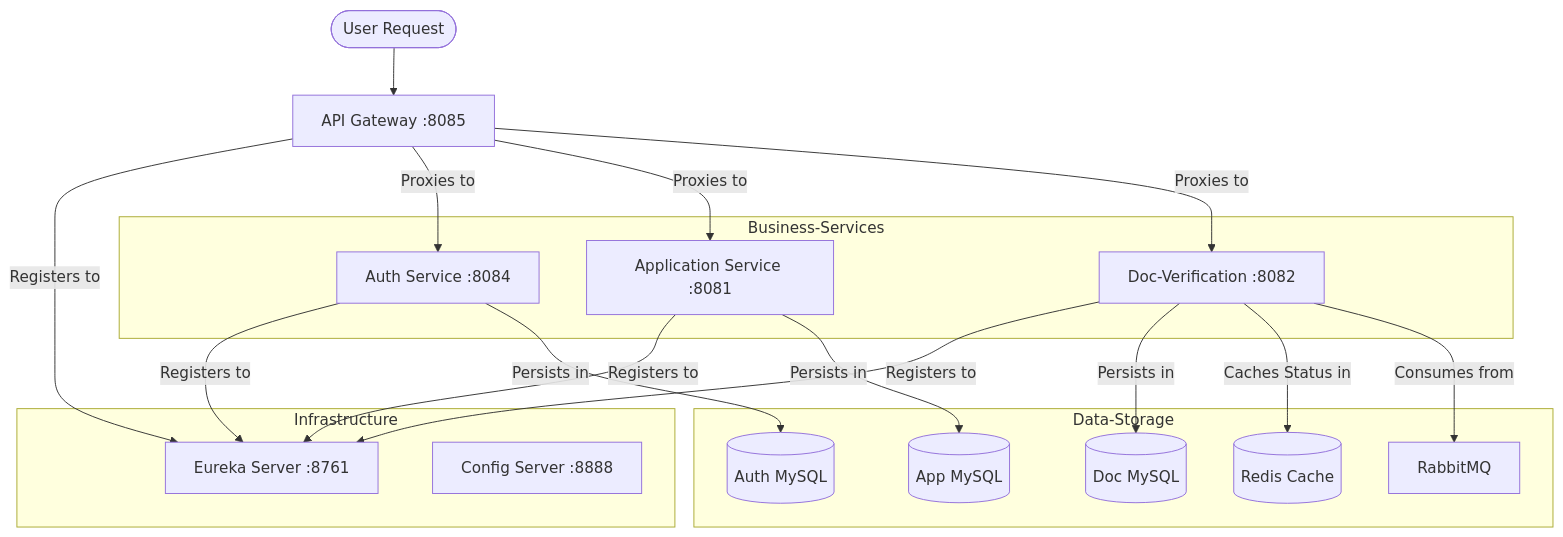
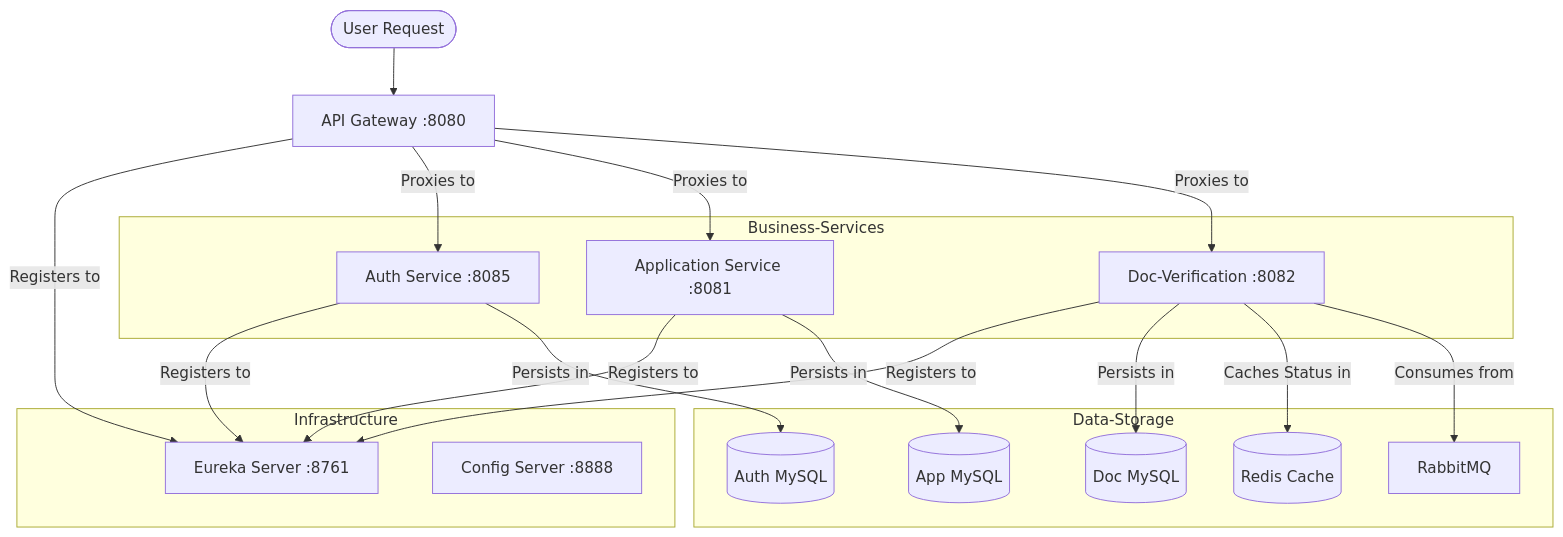
The diagram in system_summary_viva_prep.md (TanmoyCodes/FinFlow_Capgemini_Sprint), drawn with Mermaid before and after one commit. The commit also changed other lines of this file and 65 other files, not shown here.

Commit message:
feat: initialize FinFlow microservices architecture with Docker support and Spring Cloud configuration

````diff
--- a/system_summary_viva_prep.md
+++ b/system_summary_viva_prep.md
@@ -17,39 +17,39 @@
 ```mermaid
 graph TD
-    User([User Request]) --> Gateway[API Gateway :8085]
+    User([User Request]) --> Gateway[API Gateway :8080]
     
     subgraph Infrastructure
         Eureka[Eureka Server :8761]
         Config[Config Server :8888]
     end
     
     subgraph Business-Services
-        Auth[Auth Service :8084]
+        Auth[Auth Service :8085]
         App[Application Service :8081]
         Doc[Doc-Verification :8082]
     end
     
     subgraph Data-Storage
         AuthDB[(Auth MySQL)]
         AppDB[(App MySQL)]
         DocDB[(Doc MySQL)]
         Redis[(Redis Cache)]
         Rabbit[RabbitMQ]
     end
 
     Gateway -- Registers to --> Eureka
     Auth -- Registers to --> Eureka
     App -- Registers to --> Eureka
     Doc -- Registers to --> Eureka
     
     Gateway -- Proxies to --> Auth
     Gateway -- Proxies to --> App
     Gateway -- Proxies to --> Doc
     
     Auth -- Persists in --> AuthDB
     App -- Persists in --> AppDB
     Doc -- Persists in --> DocDB
     
     Doc -- Caches Status in --> Redis
     Doc -- Consumes from --> Rabbit
 ```
````
